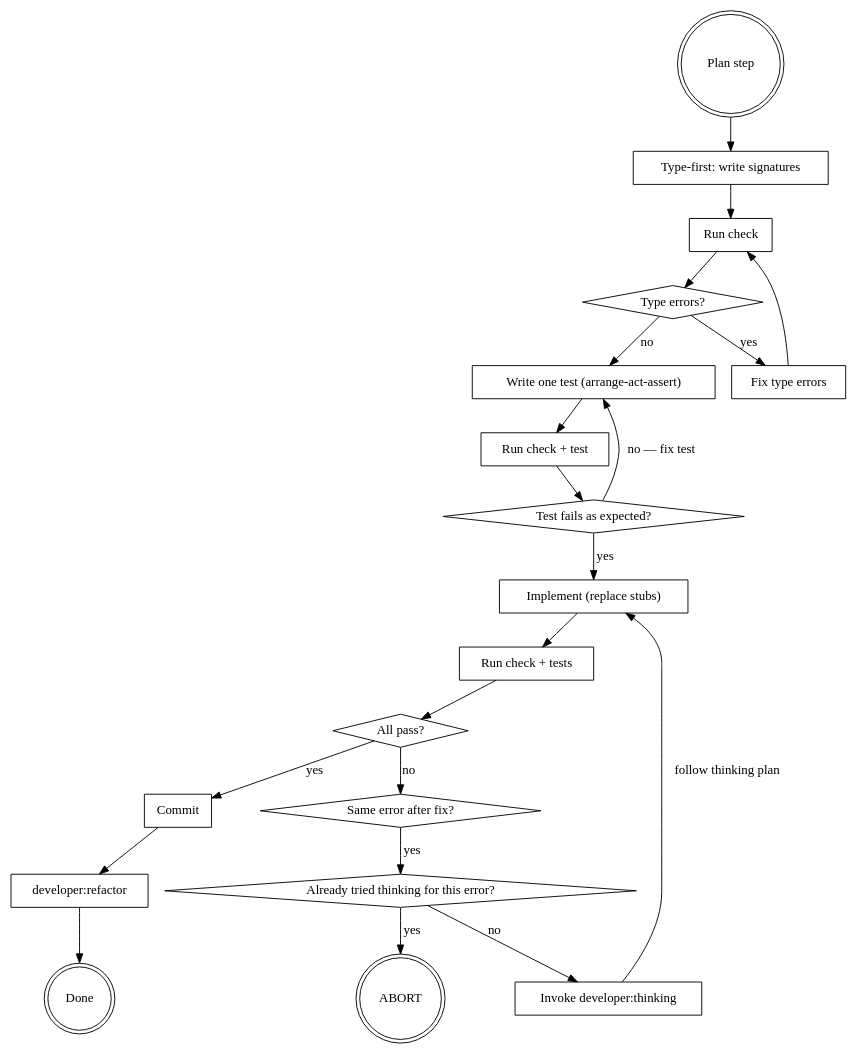
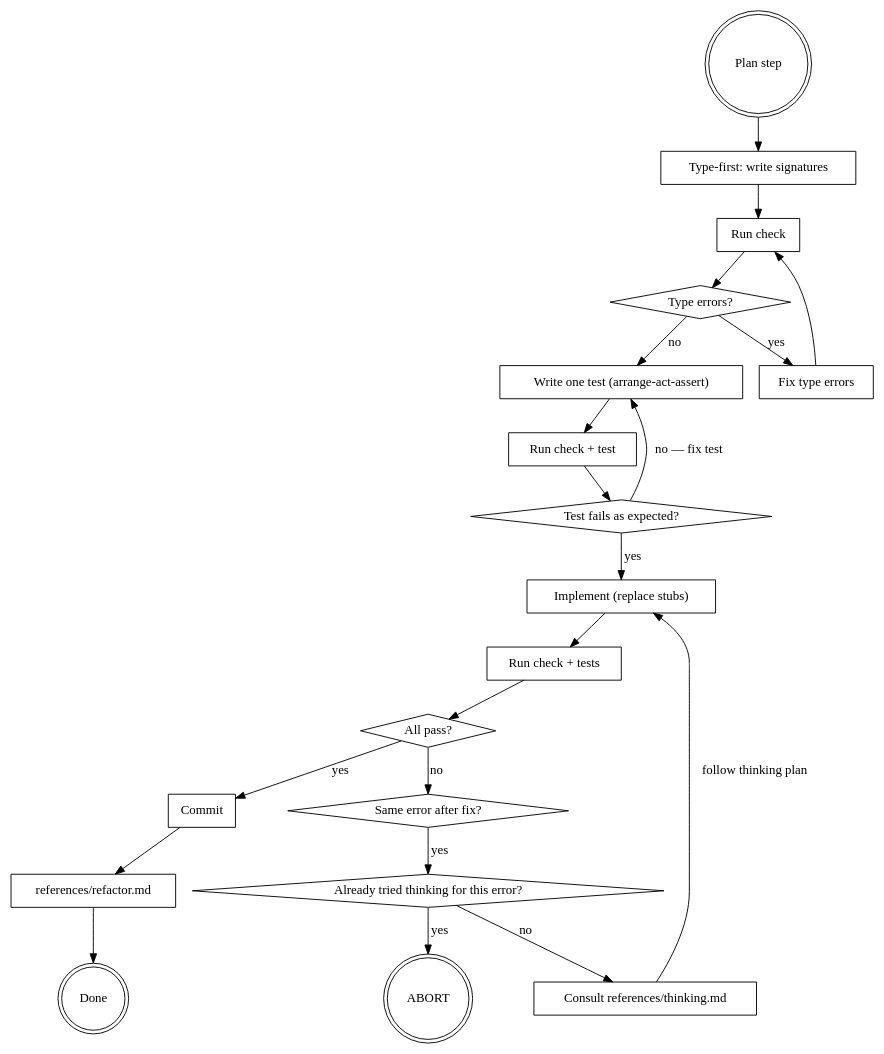
Before and after one commit to DavidSouther/domain-driven-design: the diagram in developer/skills/ailly/references/phases/red-green-refactor.md, drawn with Graphviz. The commit also changed other lines of this file and 35 other files, not shown here.

````diff
--- a/developer/skills/ailly/references/phases/red-green-refactor.md
+++ b/developer/skills/ailly/references/phases/red-green-refactor.md
@@ -16,43 +16,43 @@
 ```dot
 digraph rgr {
     plan_step [shape=doublecircle label="Plan step"];
     write_sigs [shape=box label="Type-first: write signatures"];
     run_check [shape=box label="Run check"];
     type_errors [shape=diamond label="Type errors?"];
     fix_types [shape=box label="Fix type errors"];
     write_test [shape=box label="Write one test (arrange-act-assert)"];
     run_check_test [shape=box label="Run check + test"];
     test_fails [shape=diamond label="Test fails as expected?"];
     implement [shape=box label="Implement (replace stubs)"];
     run_checks [shape=box label="Run check + tests"];
     all_pass [shape=diamond label="All pass?"];
     same_error [shape=diamond label="Same error after fix?"];
-    invoke_thinking [shape=box label="Invoke developer:thinking"];
+    invoke_thinking [shape=box label="Consult references/thinking.md"];
     tried_thinking [shape=diamond label="Already tried thinking for this error?"];
     abort [shape=doublecircle label="ABORT"];
     commit [shape=box label="Commit"];
-    refactor [shape=box label="developer:refactor"];
+    refactor [shape=box label="references/refactor.md"];
     done [shape=doublecircle label="Done"];
 
     plan_step -> write_sigs;
     write_sigs -> run_check;
     run_check -> type_errors;
     type_errors -> fix_types [label="yes"];
     fix_types -> run_check;
     type_errors -> write_test [label="no"];
     write_test -> run_check_test;
     run_check_test -> test_fails;
     test_fails -> implement [label="yes"];
     test_fails -> write_test [label="no — fix test"];
     implement -> run_checks;
     run_checks -> all_pass;
     all_pass -> same_error [label="no"];
     same_error -> tried_thinking [label="yes"];
     tried_thinking -> abort [label="yes"];
     tried_thinking -> invoke_thinking [label="no"];
     invoke_thinking -> implement [label="follow thinking plan"];
     all_pass -> commit [label="yes"];
     commit -> refactor;
     refactor -> done;
 }
 ```
````
